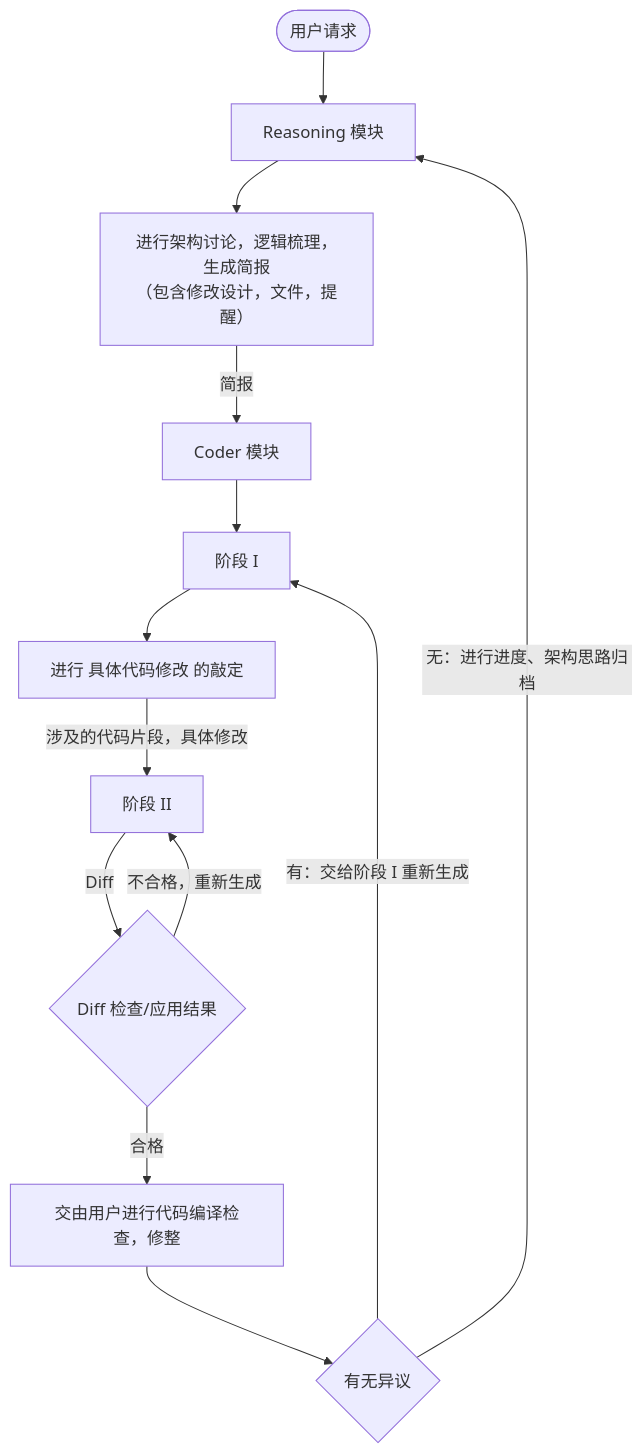
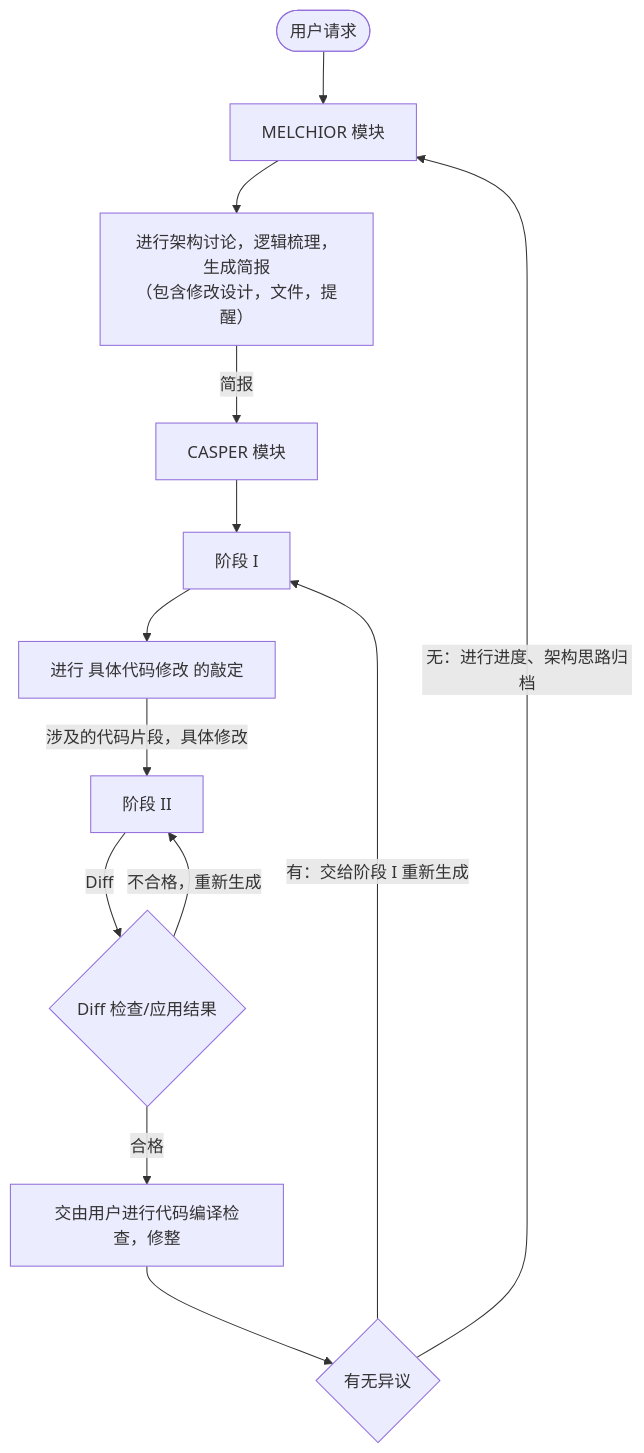
One commit to Jiafei-Queen/oxicodent changed the diagram in magi_design.md. Above: the diagram before and after it, drawn with Mermaid. The commit also changed other lines of this file and 1 other file, not shown here.

````diff
--- a/magi_design.md
+++ b/magi_design.md
@@ -78,16 +80,16 @@
 ```mermaid
 graph TD
 A(["用户请求"])
-A --> B["Reasoning 模块"]
+A --> B["MELCHIOR 模块"]
 B --> C["进行架构讨论，逻辑梳理，生成简报\n（包含修改设计，文件，提醒）"]
-C -- 简报 --> D["Coder 模块"]
+C -- 简报 --> D["CASPER 模块"]
 D --> E["阶段 I"]
 E --> K["进行 具体代码修改 的敲定"]
 K -- 涉及的代码片段，具体修改 --> L["阶段 II"]
 L -- Diff --> F{"Diff 检查/应用结果"}
 F -- 不合格，重新生成 --> L
 F -- 合格 --> I["交由用户进行代码编译检查，修整"]
 I --> H{"有无异议"}
 H -- 有：交给阶段 I 重新生成 --> E
 H -- 无：进行进度、架构思路归档 --> B
 ```
````
